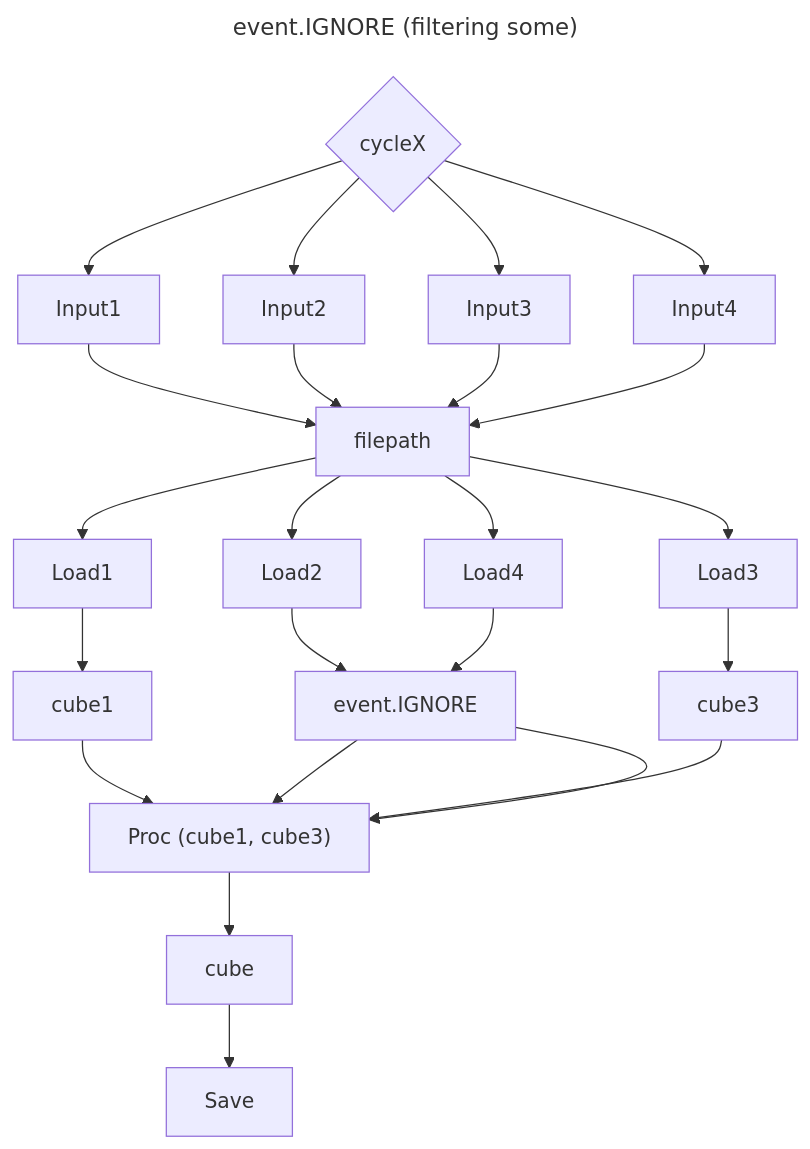
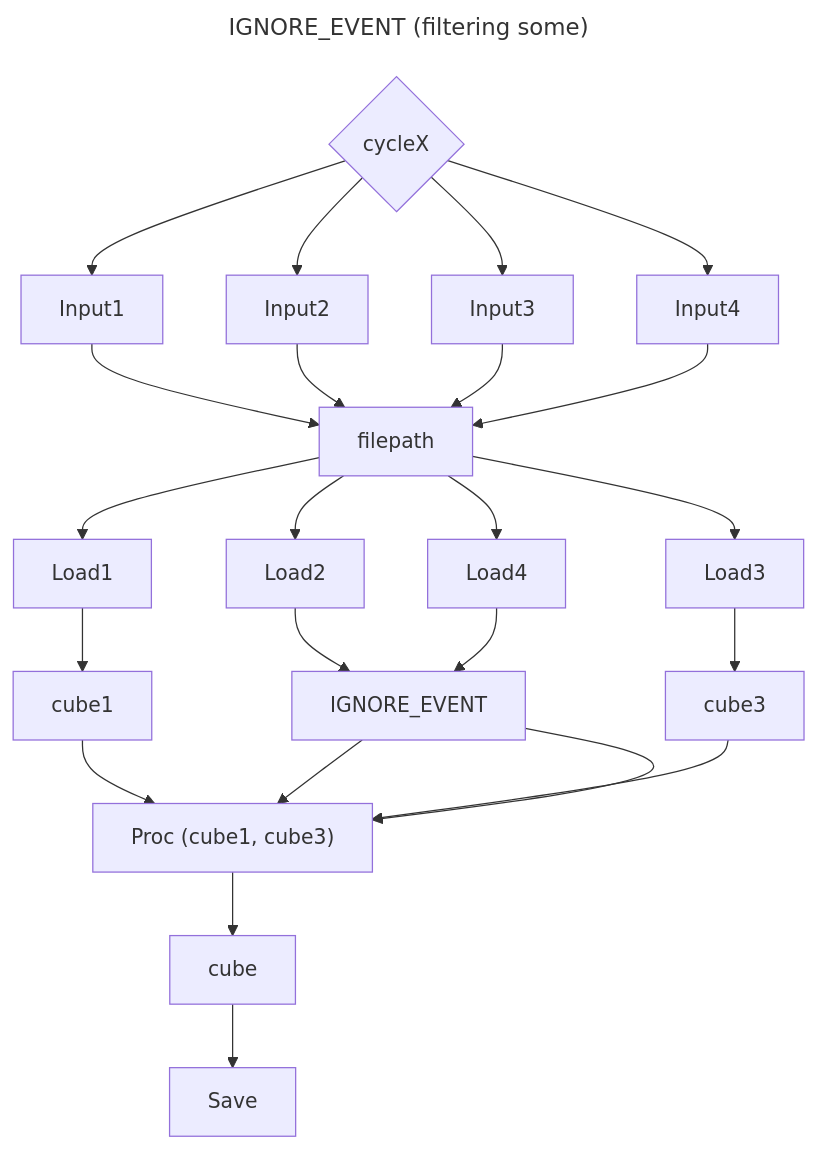
Before and after one commit to MetOffice/dagrunner: the first of 2 diagrams in docs/dagrunner.events.md, drawn with Mermaid. The commit also changed other lines of this file and 1 other file, not shown here.

````diff
--- a/docs/dagrunner.events.md
+++ b/docs/dagrunner.events.md
@@ -21,13 +21,13 @@
 ```mermaid
 ---
-title: event.IGNORE (filtering some)
+title: IGNORE_EVENT (filtering some)
 ---
 graph
     cycle1{cycleX}
     cycle1 --> Input1 --> filepath --> Load1 --> cube1 --> Proc
-    cycle1 --> Input2 --> filepath --> Load2 --> event.IGNORE --> Proc
+    cycle1 --> Input2 --> filepath --> Load2 --> IGNORE_EVENT --> Proc
     cycle1 --> Input3 --> filepath --> Load3 --> cube3 --> Proc
-    cycle1 --> Input4 --> filepath --> Load4 --> event.IGNORE --> Proc
+    cycle1 --> Input4 --> filepath --> Load4 --> IGNORE_EVENT --> Proc
     Proc --> cube --> Save
     Proc["Proc (cube1, cube3)"]
 ```
````
